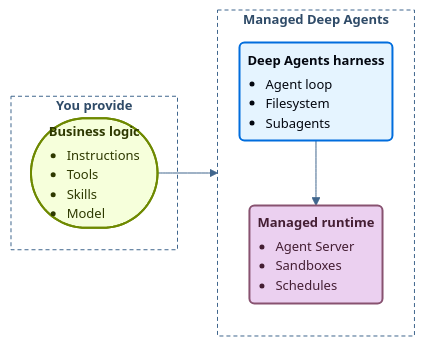
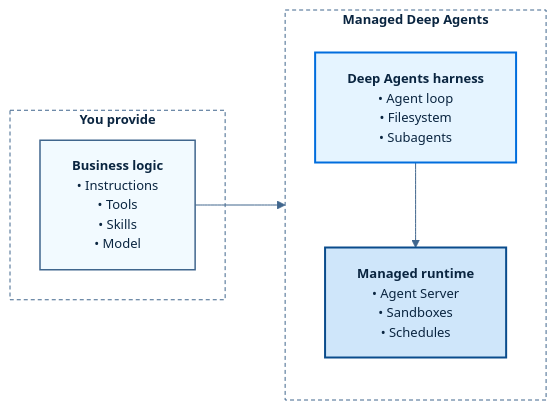
One commit to langchain-ai/docs changed the diagram in src/langsmith/managed-deep-agents-overview.mdx. Above: the diagram before and after it, drawn with Mermaid.

Commit message:
docs: use LangChain blue palette and fix label overflow in MDA diagram

````diff
--- a/src/langsmith/managed-deep-agents-overview.mdx
+++ b/src/langsmith/managed-deep-agents-overview.mdx
@@ -14,26 +14,26 @@
 ```mermaid actions={false}
-%%{init: {"theme": "base", "flowchart": {"nodeSpacing": 24, "rankSpacing": 40, "padding": 8, "curve": "basis"}, "themeVariables": {"fontSize": "13px", "lineColor": "#40668D", "primaryColor": "#E5F4FF", "primaryTextColor": "#030710", "primaryBorderColor": "#006DDD"}}}%%
+%%{init: {"theme": "base", "flowchart": {"nodeSpacing": 40, "rankSpacing": 60, "padding": 16, "curve": "basis", "htmlLabels": true}, "themeVariables": {"fontSize": "13px", "fontFamily": "Inter, system-ui, sans-serif", "lineColor": "#40668D", "primaryColor": "#E5F4FF", "primaryTextColor": "#0A2540", "primaryBorderColor": "#006DDD"}}}%%
 flowchart LR
     subgraph you["<b>You provide</b>"]
-        Logic(["<b>Business logic</b><br/><div style='text-align:left'><ul style='margin:4px 0 0 0;padding-left:18px'><li>Instructions</li><li>Tools</li><li>Skills</li><li>Model</li></ul></div>"])
+        Logic["<b>Business logic</b><br/>• Instructions<br/>• Tools<br/>• Skills<br/>• Model"]
     end
     subgraph mda["<b>Managed Deep Agents</b>"]
         direction TB
-        Harness("<b>Deep Agents harness</b><br/><div style='text-align:left'><ul style='margin:4px 0 0 0;padding-left:18px'><li>Agent loop</li><li>Filesystem</li><li>Subagents</li></ul></div>")
-        Runtime("<b>Managed runtime</b><br/><div style='text-align:left'><ul style='margin:4px 0 0 0;padding-left:18px'><li>Agent Server</li><li>Sandboxes</li><li>Schedules</li></ul></div>")
+        Harness["<b>Deep Agents harness</b><br/>• Agent loop<br/>• Filesystem<br/>• Subagents"]
+        Runtime["<b>Managed runtime</b><br/>• Agent Server<br/>• Sandboxes<br/>• Schedules"]
         Harness --> Runtime
     end
 
     Logic --> mda
 
-    classDef trigger fill:#F6FFDB,stroke:#6E8900,stroke-width:2px,color:#2E3900
-    classDef process fill:#E5F4FF,stroke:#006DDD,stroke-width:2px,color:#030710
-    classDef output fill:#EBD0F0,stroke:#885270,stroke-width:2px,color:#441E33
+    classDef tint    fill:#F2FAFF,stroke:#40668D,stroke-width:1.5px,color:#0A2540
+    classDef primary fill:#E5F4FF,stroke:#006DDD,stroke-width:2px,color:#0A2540
+    classDef deep    fill:#CFE6FA,stroke:#0A4C8C,stroke-width:2px,color:#0A2540
 
-    class Logic trigger
-    class Harness process
-    class Runtime output
+    class Logic tint
+    class Harness primary
+    class Runtime deep
 
-    style you fill:none,stroke:#40668D,stroke-width:1px,stroke-dasharray:4 3,color:#2F4B68
-    style mda fill:none,stroke:#40668D,stroke-width:1px,stroke-dasharray:4 3,color:#2F4B68
+    style you fill:none,stroke:#40668D,stroke-width:1px,stroke-dasharray:4 3,color:#0A2540
+    style mda fill:none,stroke:#40668D,stroke-width:1px,stroke-dasharray:4 3,color:#0A2540
 ```
````
